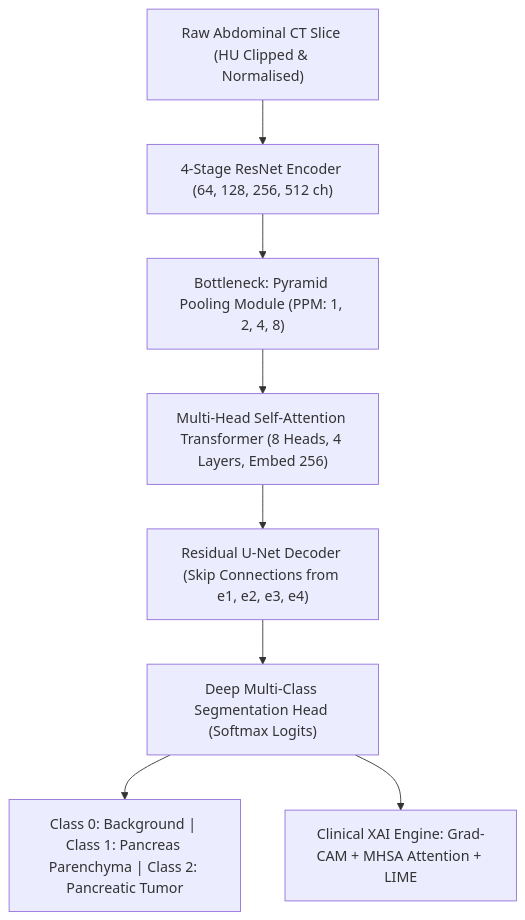
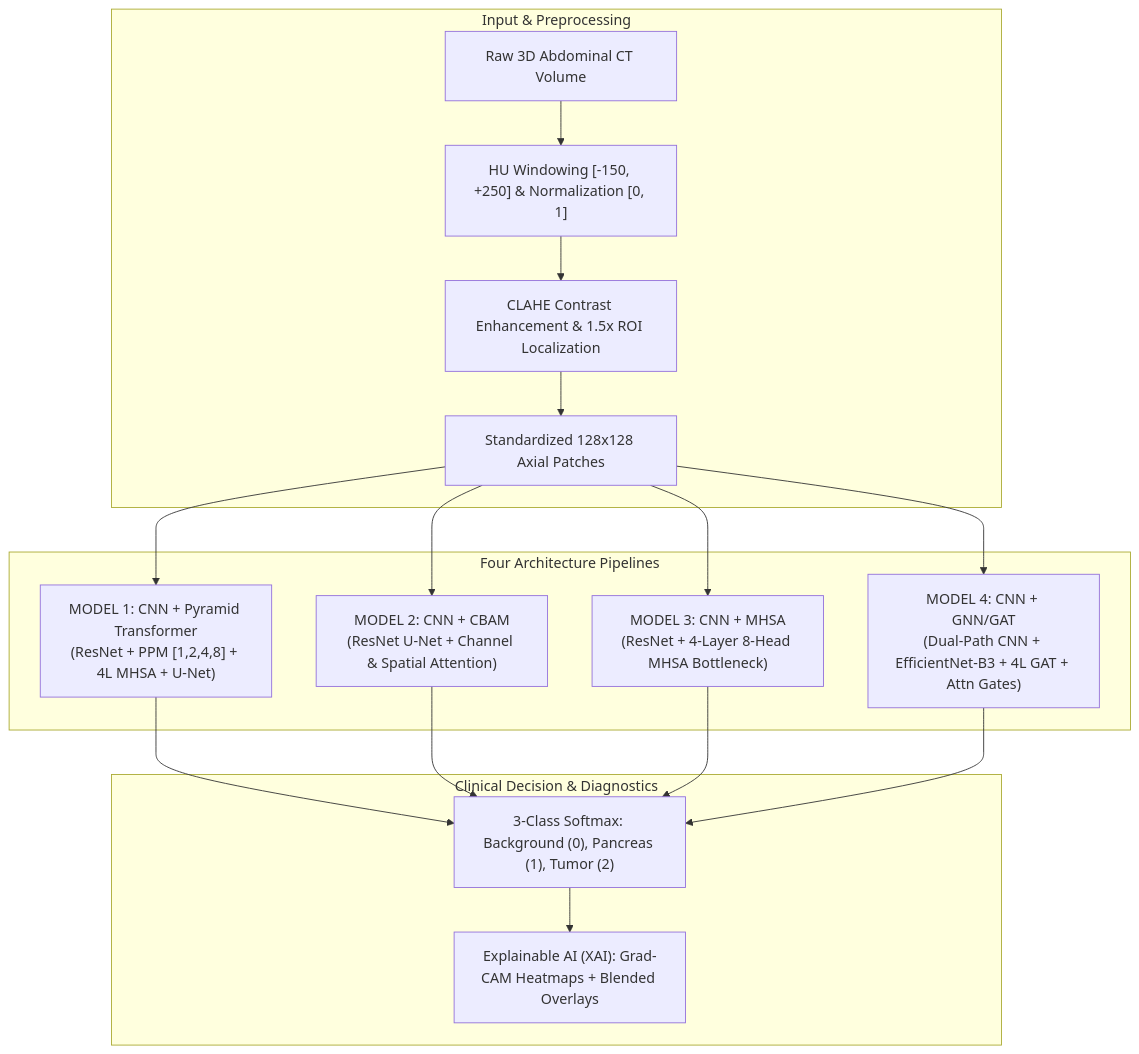
One commit to kiranbcrkbc/pancreatic-cancer-segmentation changed the diagram in README.md. Above: the diagram before and after it, drawn with Mermaid. The commit also changed other lines of this file and 72 other files, not shown here.

Commit message:
feat: complete four-model clinical segmentation suite with empirical evaluation, XAI, and multi-model deployment

````diff
--- a/README.md
+++ b/README.md
@@ -20,10 +25,23 @@
 ```mermaid
 graph TD
-    A["Raw Abdominal CT Slice (HU Clipped & Normalised)"] --> B["4-Stage ResNet Encoder (64, 128, 256, 512 ch)"]
-    B --> C["Bottleneck: Pyramid Pooling Module (PPM: 1, 2, 4, 8)"]
-    C --> D["Multi-Head Self-Attention Transformer (8 Heads, 4 Layers, Embed 256)"]
-    D --> E["Residual U-Net Decoder (Skip Connections from e1, e2, e3, e4)"]
-    E --> F["Deep Multi-Class Segmentation Head (Softmax Logits)"]
-    F --> G["Class 0: Background | Class 1: Pancreas Parenchyma | Class 2: Pancreatic Tumor"]
-    F --> H["Clinical XAI Engine: Grad-CAM + MHSA Attention + LIME"]
+    subgraph Input_Processing["Input & Preprocessing"]
+        A["Raw 3D Abdominal CT Volume"] --> B["HU Windowing [-150, +250] & Normalization [0, 1]"]
+        B --> C["CLAHE Contrast Enhancement & 1.5x ROI Localization"]
+        C --> D["Standardized 128x128 Axial Patches"]
+    end
+
+    subgraph Four_Models["Four Architecture Pipelines"]
+        D --> M1["MODEL 1: CNN + Pyramid Transformer<br/>(ResNet + PPM [1,2,4,8] + 4L MHSA + U-Net)"]
+        D --> M2["MODEL 2: CNN + CBAM<br/>(ResNet U-Net + Channel & Spatial Attention)"]
+        D --> M3["MODEL 3: CNN + MHSA<br/>(ResNet + 4-Layer 8-Head MHSA Bottleneck)"]
+        D --> M4["MODEL 4: CNN + GNN/GAT<br/>(Dual-Path CNN + EfficientNet-B3 + 4L GAT + Attn Gates)"]
+    end
+
+    subgraph Output_Layer["Clinical Decision & Diagnostics"]
+        M1 --> O["3-Class Softmax: Background (0), Pancreas (1), Tumor (2)"]
+        M2 --> O
+        M3 --> O
+        M4 --> O
+        O --> X["Explainable AI (XAI): Grad-CAM Heatmaps + Blended Overlays"]
+    end
 ```
````
